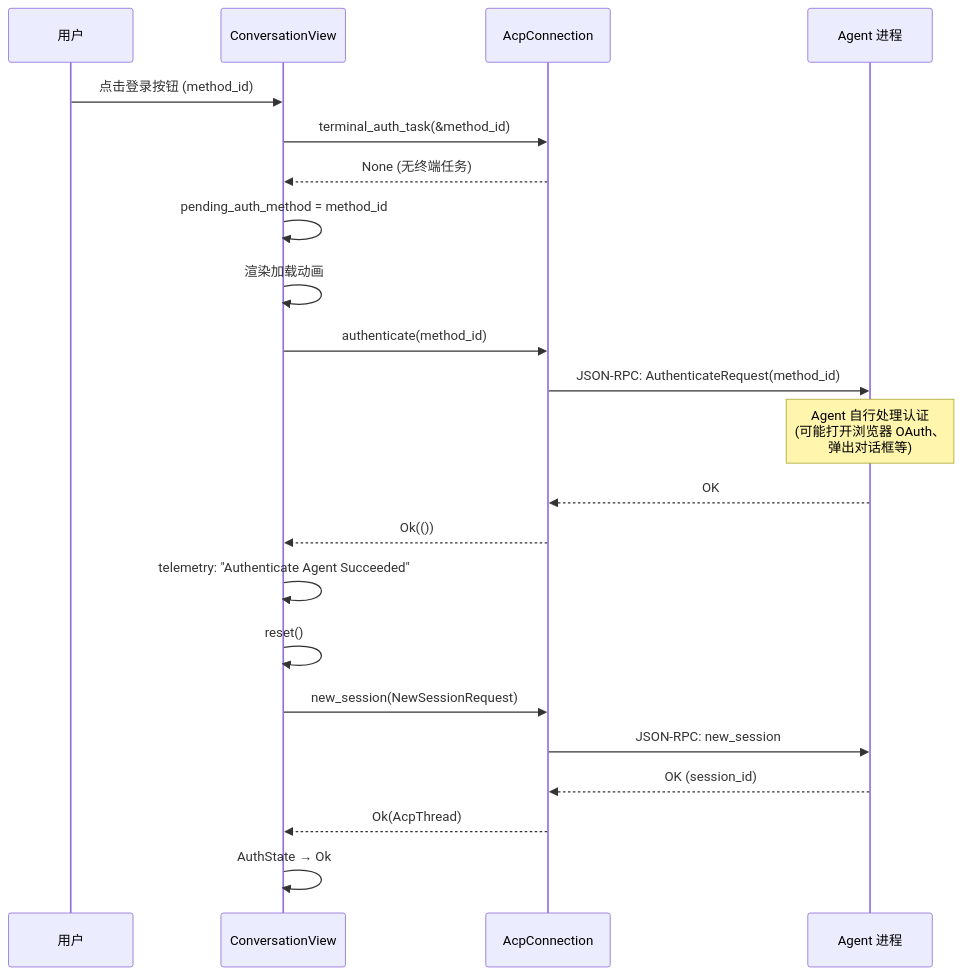
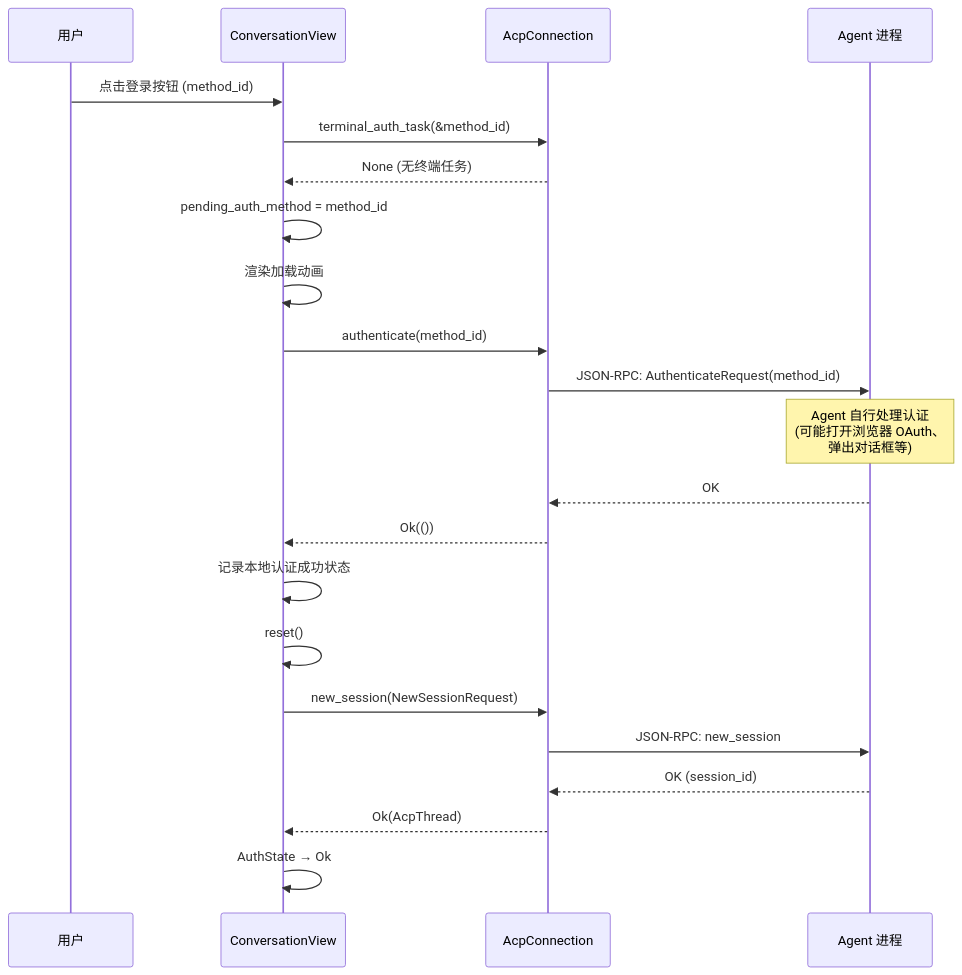
Before and after one commit to liangboqiang/TjuaeHub: the fourth of 13 diagrams in docs/acp-agent-auth-flow-by-zed.md, drawn with Mermaid. The commit also changed other lines of this file and 2 other files, not shown here.

Commit message:
test(brand): block retired integrations

````diff
--- a/docs/acp-agent-auth-flow-by-zed.md
+++ b/docs/acp-agent-auth-flow-by-zed.md
@@ -220,28 +220,28 @@
 ```mermaid
 sequenceDiagram
     participant User as 用户
     participant CV as ConversationView
     participant Conn as AcpConnection
     participant Agent as Agent 进程
 
     User->>CV: 点击登录按钮 (method_id)
     CV->>Conn: terminal_auth_task(&method_id)
     Conn-->>CV: None (无终端任务)
 
     CV->>CV: pending_auth_method = method_id
     CV->>CV: 渲染加载动画
 
     CV->>Conn: authenticate(method_id)
     Conn->>Agent: JSON-RPC: AuthenticateRequest(method_id)
     Note over Agent: Agent 自行处理认证<br/>(可能打开浏览器 OAuth、<br/>弹出对话框等)
     Agent-->>Conn: OK
     Conn-->>CV: Ok(())
 
-    CV->>CV: telemetry: "Authenticate Agent Succeeded"
+    CV->>CV: 记录本地认证成功状态
     CV->>CV: reset()
     CV->>Conn: new_session(NewSessionRequest)
     Conn->>Agent: JSON-RPC: new_session
     Agent-->>Conn: OK (session_id)
     Conn-->>CV: Ok(AcpThread)
     CV->>CV: AuthState → Ok
 ```
````
